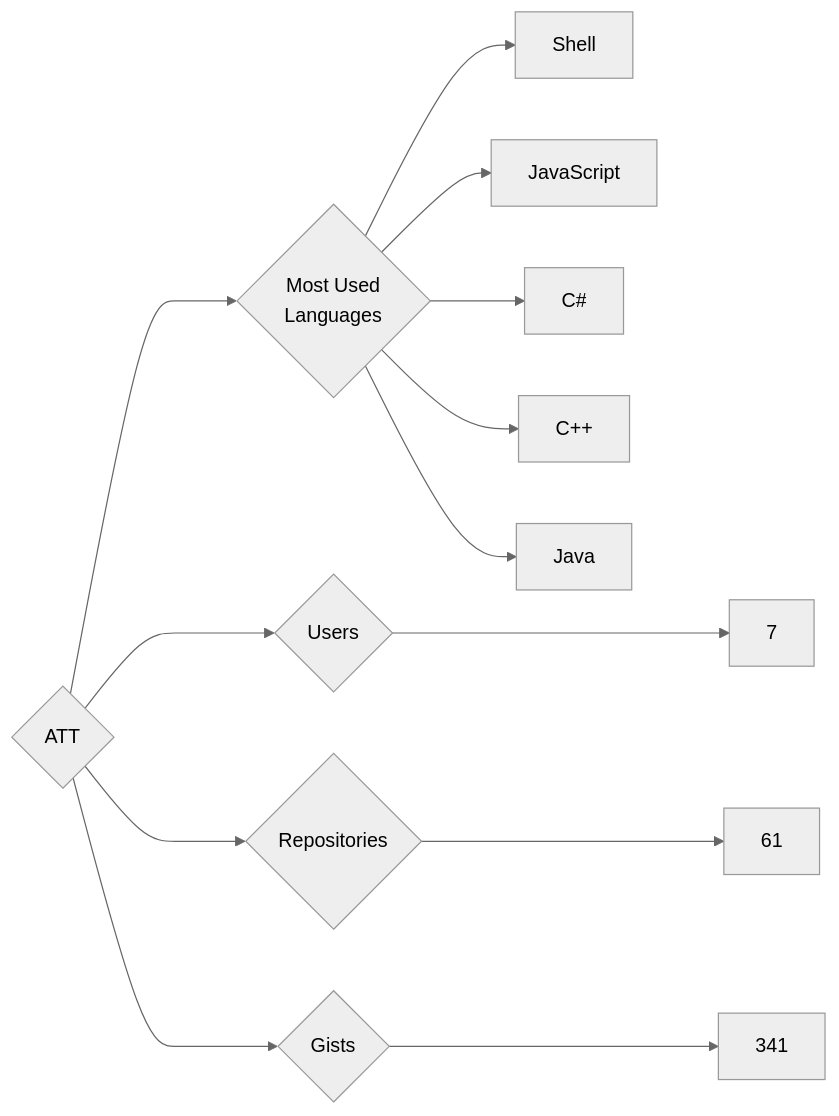
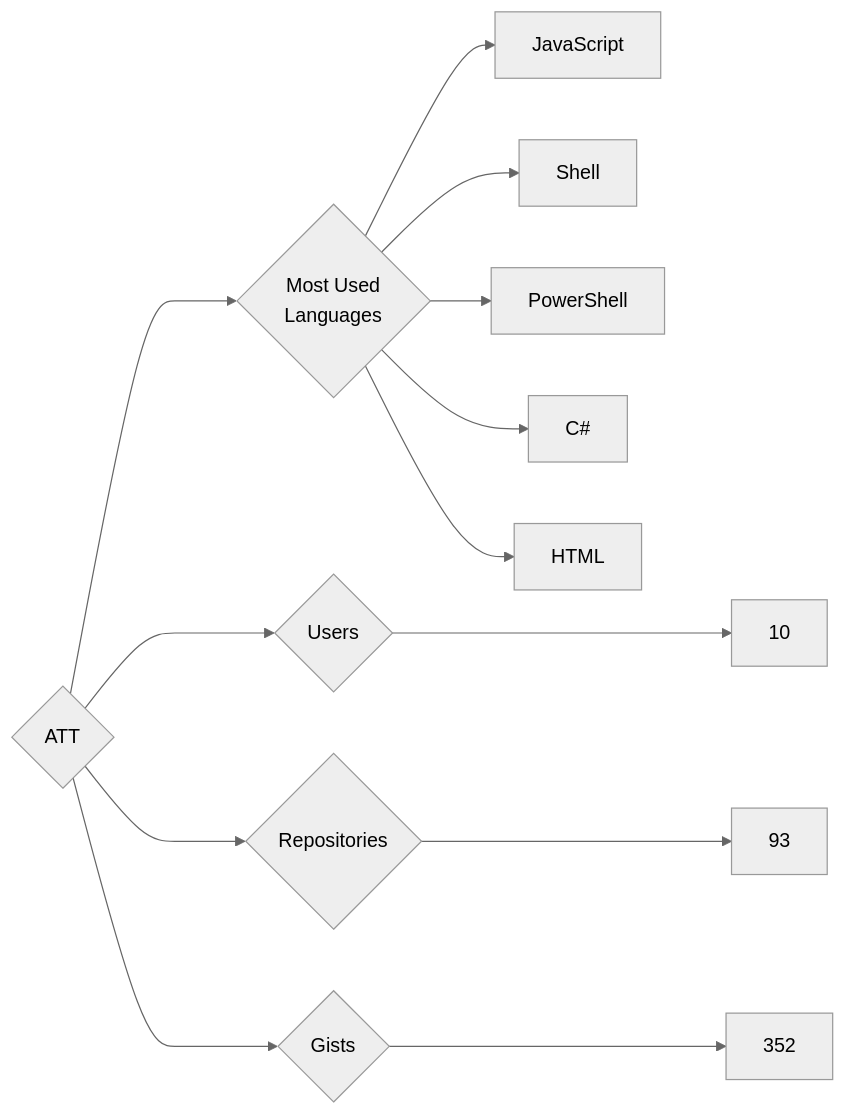
The diagram in targets/ATT/README.md (trickest/insiders), drawn with Mermaid (neutral theme) before and after one commit. The commit also changed 1020 other files, not shown here.

````diff
--- a/targets/ATT/README.md
+++ b/targets/ATT/README.md
@@ -3,13 +3,13 @@
 ```mermaid
 graph LR
 COMPANY_NAME{ATT}
-COMPANY_NAME ---> U{Users} ---> UN[7]
-COMPANY_NAME ---> R{Repositories} ---> RN[61]
-COMPANY_NAME ---> G{Gists} ---> GN[341]
+COMPANY_NAME ---> U{Users} ---> UN[10]
+COMPANY_NAME ---> R{Repositories} ---> RN[93]
+COMPANY_NAME ---> G{Gists} ---> GN[352]
 COMPANY_NAME ---> ML{Most Used<br>Languages}
+ML --> JavaScript[JavaScript]
 ML --> Shell[Shell]
-ML --> JavaScript[JavaScript]
+ML --> PowerShell[PowerShell]
 ML --> C#[C#]
-ML --> C++[C++]
-ML --> Java[Java]
+ML --> HTML[HTML]
 ```
````
